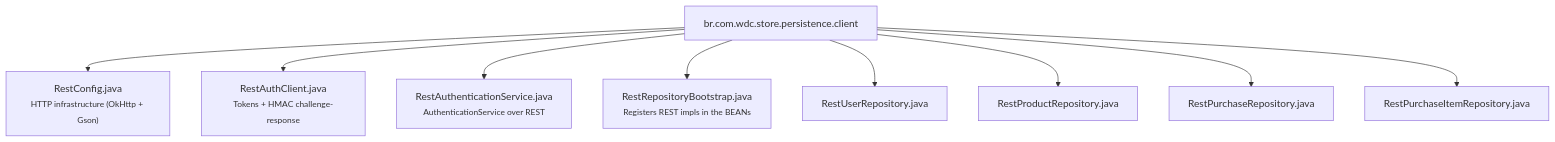
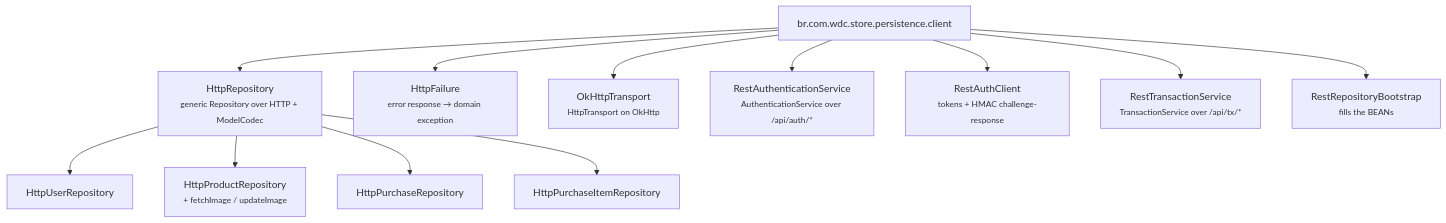
One commit to mrcdom/wdc-cube-java-v2 changed the diagram in fontes/br.com.wdc.store/br.com.wdc.store.persistence/persistence.client/README.md. Above: the diagram before and after it, drawn with Mermaid. The commit also changed other lines of this file and 50 other files, not shown here.

````diff
--- a/fontes/br.com.wdc.store/br.com.wdc.store.persistence/persistence.client/README.md
+++ b/fontes/br.com.wdc.store/br.com.wdc.store.persistence/persistence.client/README.md
@@ -16,12 +20,15 @@
 ```mermaid
 graph TD
     pkg["br.com.wdc.store.persistence.client"]
-    pkg --> RestConfig["RestConfig.java<br/><small>HTTP infrastructure (OkHttp + Gson)</small>"]
-    pkg --> RestAuthClient["RestAuthClient.java<br/><small>Tokens + HMAC challenge-response</small>"]
-    pkg --> RestAuthSvc["RestAuthenticationService.java<br/><small>AuthenticationService over REST</small>"]
-    pkg --> Bootstrap["RestRepositoryBootstrap.java<br/><small>Registers REST impls in the BEANs</small>"]
-    pkg --> RestUser["RestUserRepository.java"]
-    pkg --> RestProduct["RestProductRepository.java"]
-    pkg --> RestPurchase["RestPurchaseRepository.java"]
-    pkg --> RestPurchaseItem["RestPurchaseItemRepository.java"]
+    pkg --> HttpRepository["HttpRepository<br/><small>generic Repository over HTTP + ModelCodec</small>"]
+    HttpRepository --> HttpUser["HttpUserRepository"]
+    HttpRepository --> HttpProduct["HttpProductRepository<br/><small>+ fetchImage / updateImage</small>"]
+    HttpRepository --> HttpPurchase["HttpPurchaseRepository"]
+    HttpRepository --> HttpPurchaseItem["HttpPurchaseItemRepository"]
+    pkg --> HttpFailure["HttpFailure<br/><small>error response → domain exception</small>"]
+    pkg --> OkHttp["OkHttpTransport<br/><small>HttpTransport on OkHttp</small>"]
+    pkg --> RestAuthSvc["RestAuthenticationService<br/><small>AuthenticationService over /api/auth/*</small>"]
+    pkg --> RestAuthClient["RestAuthClient<br/><small>tokens + HMAC challenge-response</small>"]
+    pkg --> RestTx["RestTransactionService<br/><small>TransactionService over /api/tx/*</small>"]
+    pkg --> Bootstrap["RestRepositoryBootstrap<br/><small>fills the BEANs</small>"]
 ```
````
